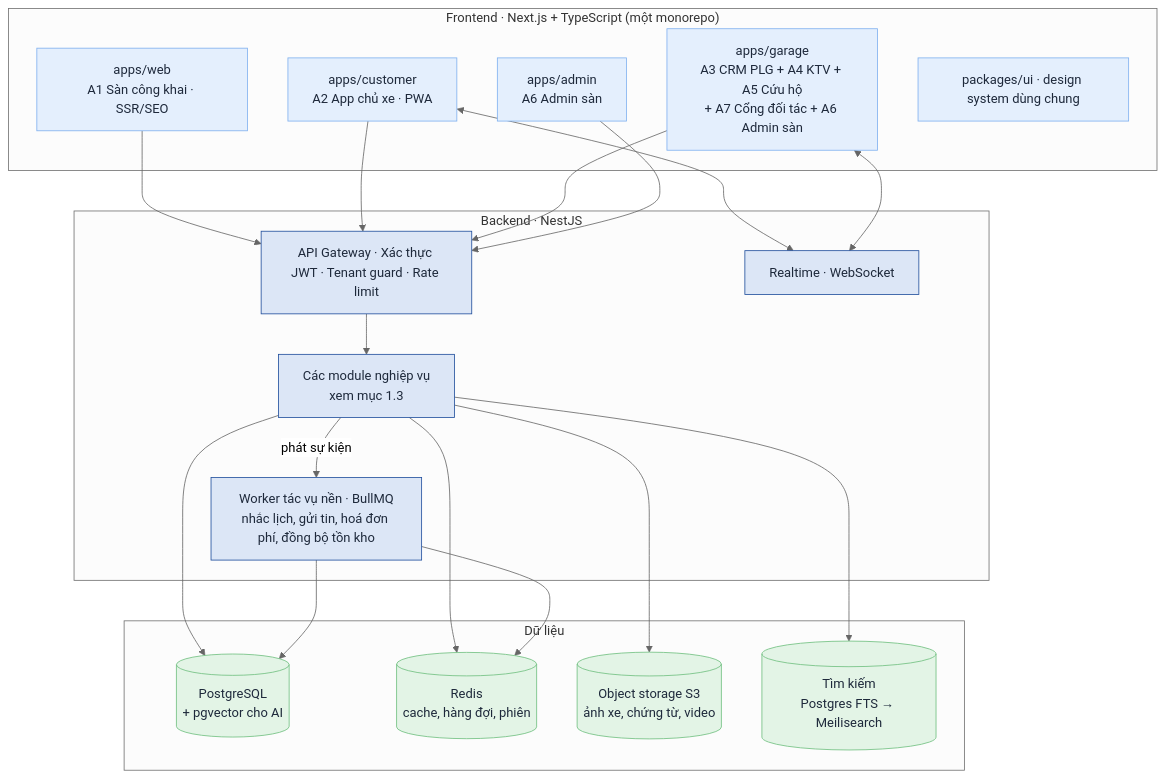
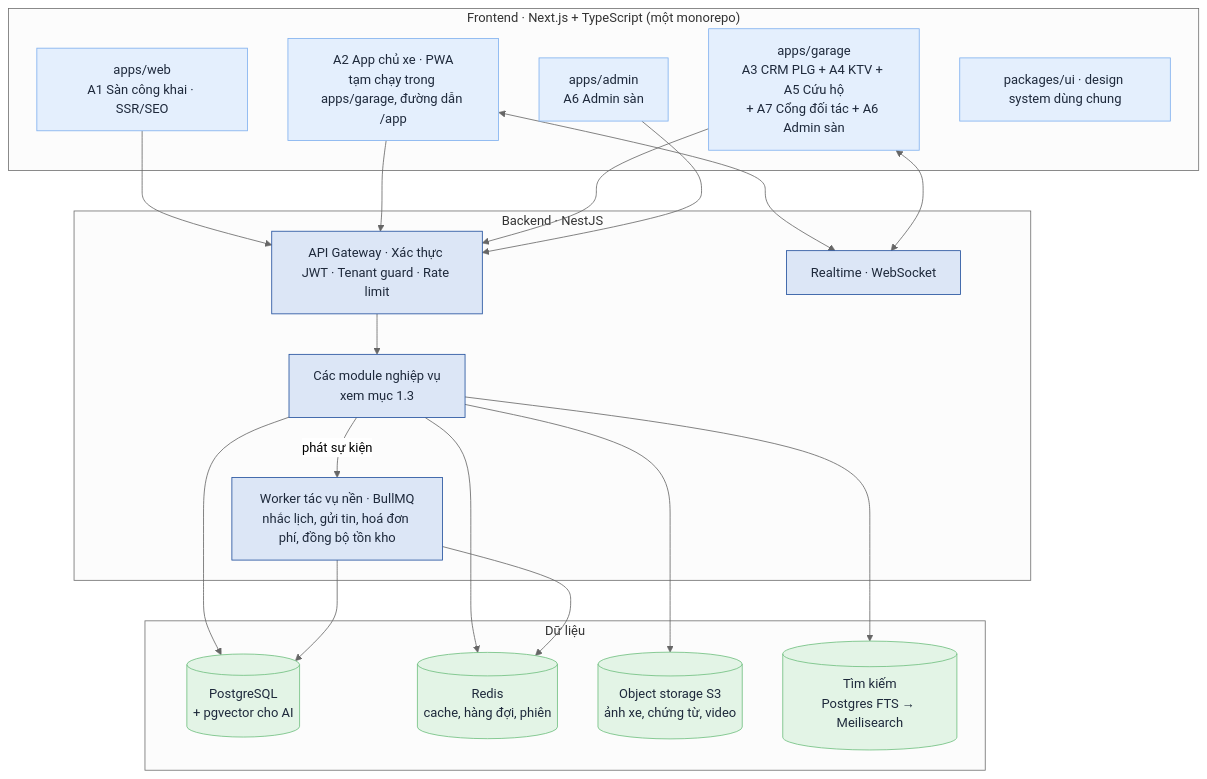
The second of 3 diagrams in docs/01-tong-quan-he-thong.md (south93/cardiy-crm), drawn with Mermaid (neutral theme) before and after one commit. The commit also changed 46 other files, not shown here.

First line of the commit message:
Vòng 2.1: app chủ xe (PWA) — kích hoạt bằng link/QR garage gửi, xe của tôi, lịch sử sửa chữa

````diff
--- a/docs/01-tong-quan-he-thong.md
+++ b/docs/01-tong-quan-he-thong.md
@@ -57,35 +57,35 @@
 ```mermaid
 flowchart TB
   classDef app fill:#e4effd,stroke:#7fb0ef,color:#1e293b
   classDef svc fill:#dce6f6,stroke:#1f4e9c,color:#1e293b
   classDef data fill:#e3f4e6,stroke:#6fbf7f,color:#1e293b
 
   subgraph FE["Frontend · Next.js + TypeScript (một monorepo)"]
     W1["apps/web<br/>A1 Sàn công khai · SSR/SEO"]:::app
-    W2["apps/customer<br/>A2 App chủ xe · PWA"]:::app
+    W2["A2 App chủ xe · PWA<br/>tạm chạy trong apps/garage, đường dẫn /app"]:::app
     W3["apps/garage<br/>A3 CRM PLG + A4 KTV + A5 Cứu hộ<br/>+ A7 Cổng đối tác + A6 Admin sàn"]:::app
     W4["apps/admin<br/>A6 Admin sàn"]:::app
     UI["packages/ui · design system dùng chung"]:::app
   end
 
   subgraph BE["Backend · NestJS"]
     GW["API Gateway · Xác thực JWT · Tenant guard · Rate limit"]:::svc
     WS["Realtime · WebSocket"]:::svc
     JOB["Worker tác vụ nền · BullMQ<br/>nhắc lịch, gửi tin, hoá đơn phí, đồng bộ tồn kho"]:::svc
     MOD["Các module nghiệp vụ<br/>xem mục 1.3"]:::svc
   end
 
   subgraph DATA["Dữ liệu"]
     PG[("PostgreSQL<br/>+ pgvector cho AI")]:::data
     RD[("Redis<br/>cache, hàng đợi, phiên")]:::data
     S3[("Object storage S3<br/>ảnh xe, chứng từ, video")]:::data
     SE[("Tìm kiếm<br/>Postgres FTS → Meilisearch")]:::data
   end
 
   W1 & W2 & W3 & W4 --> GW
   W2 & W3 <--> WS
   GW --> MOD
   MOD --> PG & RD & S3 & SE
   JOB --> PG & RD
   MOD -->|"phát sự kiện"| JOB
 ```
````
